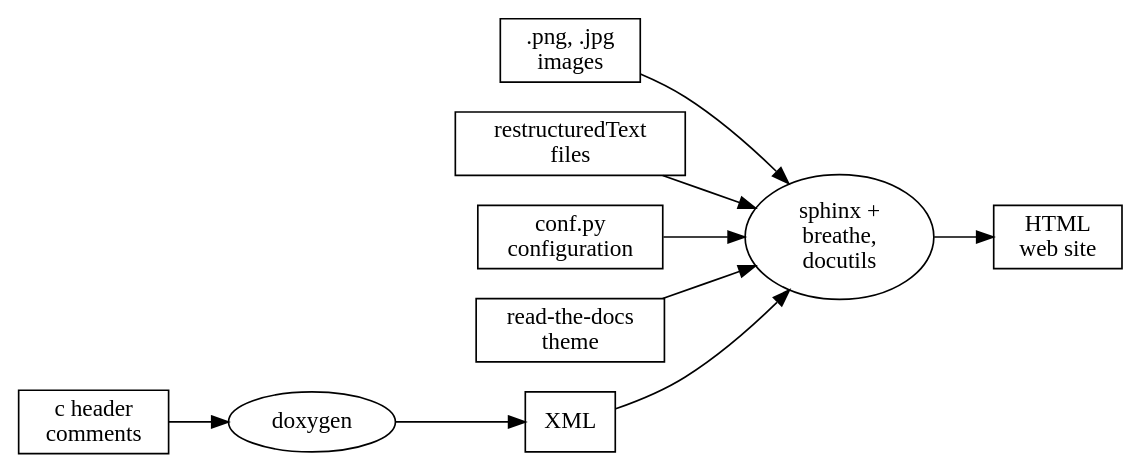
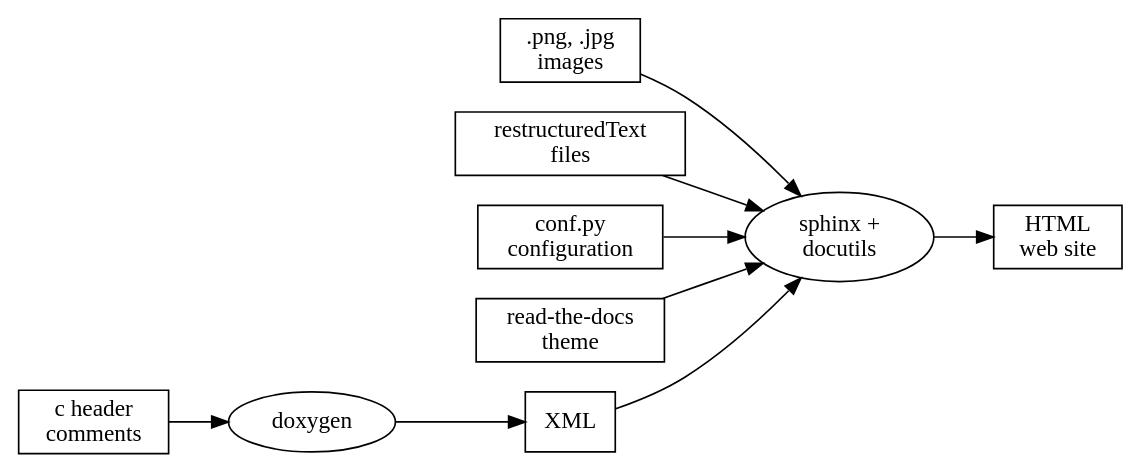
The diagram in doc/contribute/documentation/generation.rst (doyoonk/zephyr.snapshot), drawn with Graphviz before and after one commit. The commit also changed other lines of this file and 13265 other files, not shown here.

```diff
--- a/doc/contribute/documentation/generation.rst
+++ b/doc/contribute/documentation/generation.rst
@@ -42,23 +42,23 @@
 .. graphviz::
    :caption: Schematic of the documentation build process
 
    digraph {
       rankdir=LR
 
       images [shape="rectangle" label=".png, .jpg\nimages"]
       rst [shape="rectangle" label="restructuredText\nfiles"]
       conf [shape="rectangle" label="conf.py\nconfiguration"]
       rtd [shape="rectangle" label="read-the-docs\ntheme"]
       header [shape="rectangle" label="c header\ncomments"]
       xml [shape="rectangle" label="XML"]
       html [shape="rectangle" label="HTML\nweb site"]
-      sphinx[shape="ellipse" label="sphinx +\nbreathe,\ndocutils"]
+      sphinx[shape="ellipse" label="sphinx +\ndocutils"]
       images -> sphinx
       rst -> sphinx
       conf -> sphinx
       header -> doxygen
       doxygen -> xml
       xml-> sphinx
       rtd -> sphinx
       sphinx -> html
    }
```
